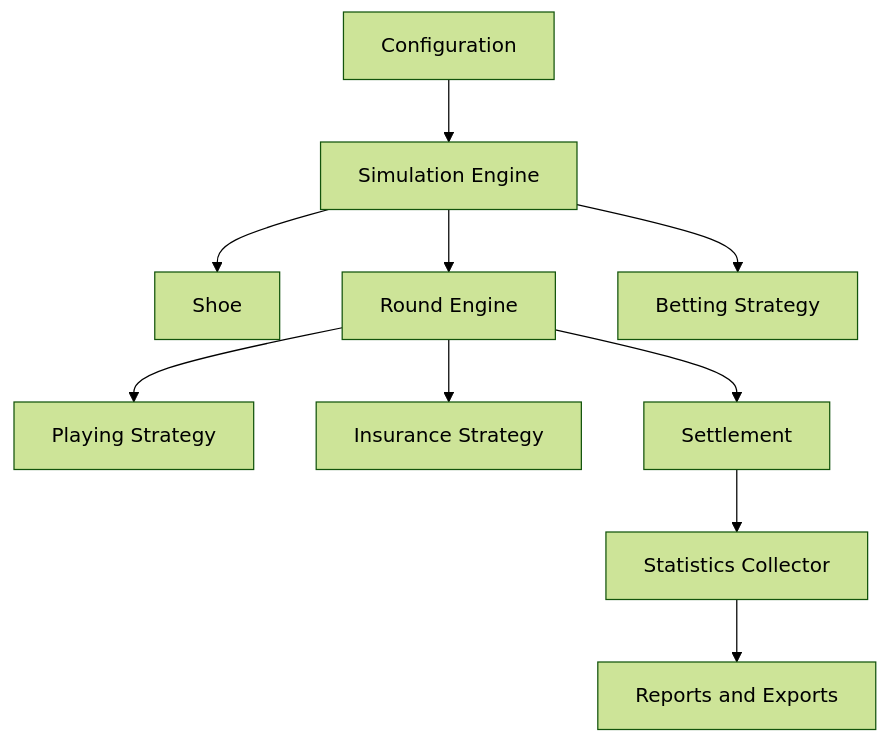
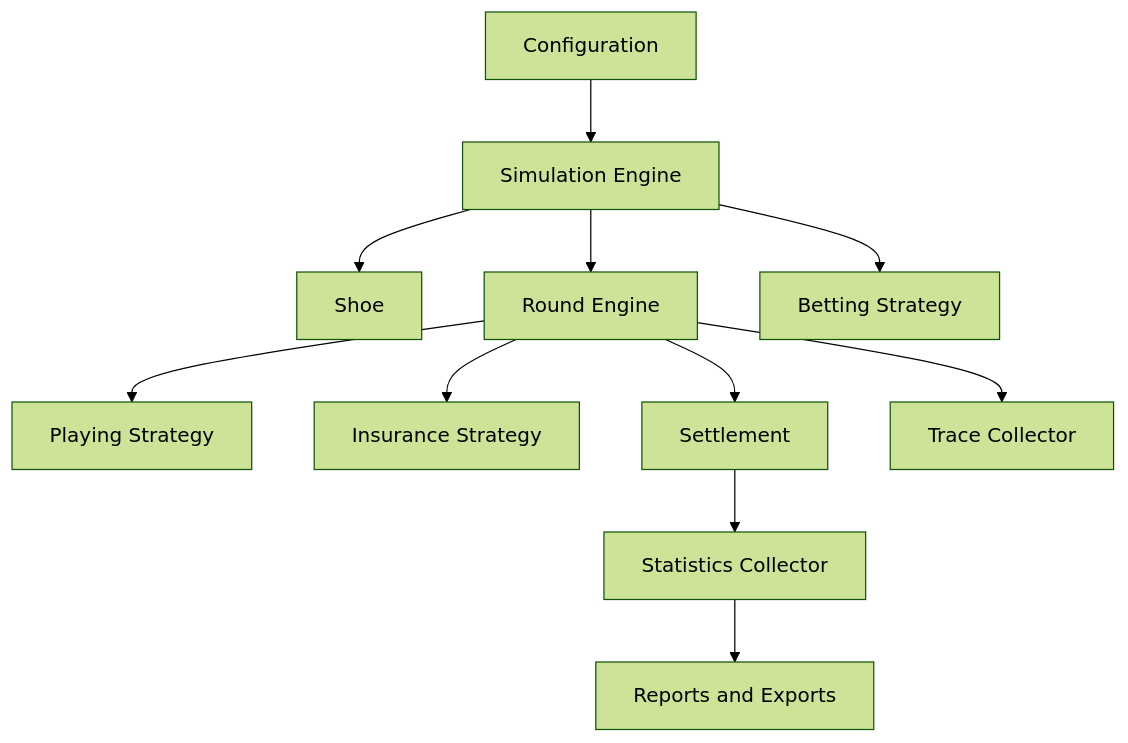
Before and after one commit to Mateusz1256/Blackjack-Hand-Sim: the diagram in docs/architecture.md, drawn with Mermaid (forest theme). The commit also changed other lines of this file and 36 other files, not shown here.

````diff
--- a/docs/architecture.md
+++ b/docs/architecture.md
@@ -9,12 +9,13 @@
 ```mermaid
 flowchart TD
     Config[Configuration] --> Engine[Simulation Engine]
     Engine --> Shoe[Shoe]
     Engine --> Round[Round Engine]
     Round --> PlayingStrategy[Playing Strategy]
     Round --> InsuranceStrategy[Insurance Strategy]
     Engine --> BettingStrategy[Betting Strategy]
     Round --> Settlement[Settlement]
+    Round --> TraceCollector[Trace Collector]
     Settlement --> StatisticsCollector[Statistics Collector]
     StatisticsCollector --> Report[Reports and Exports]
 ```
````
